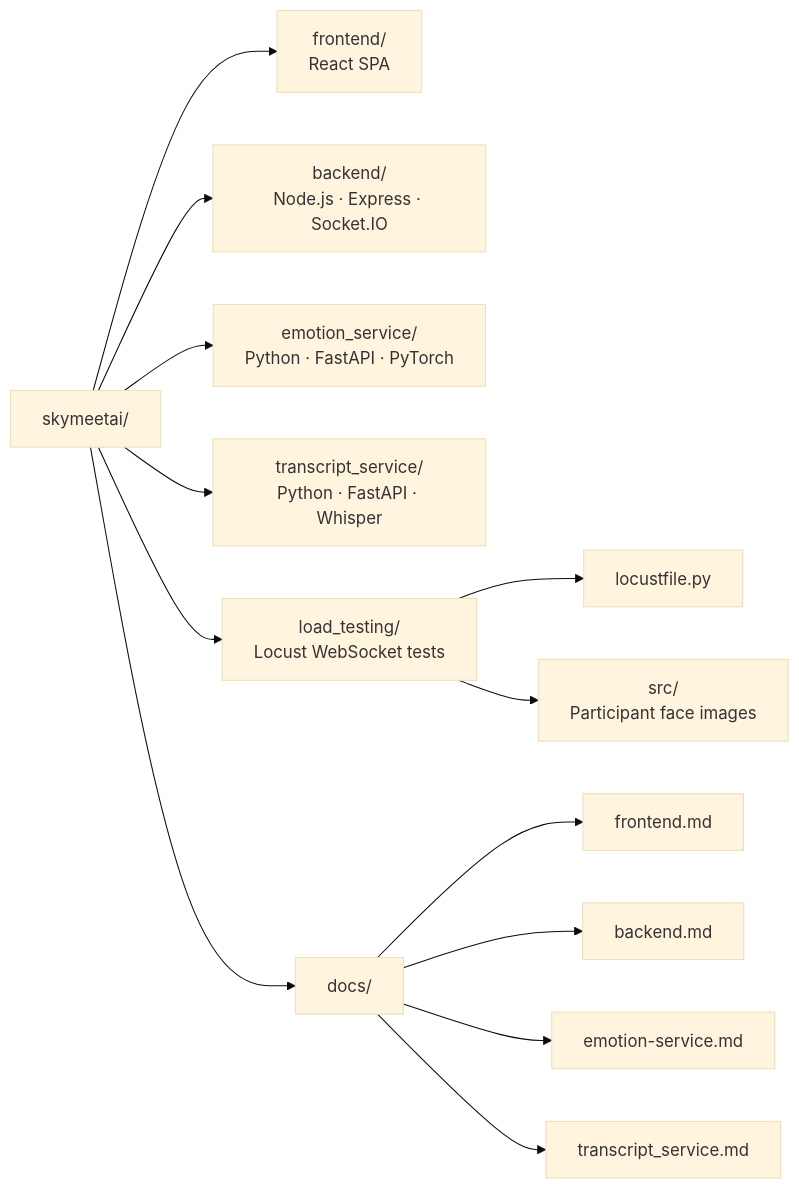
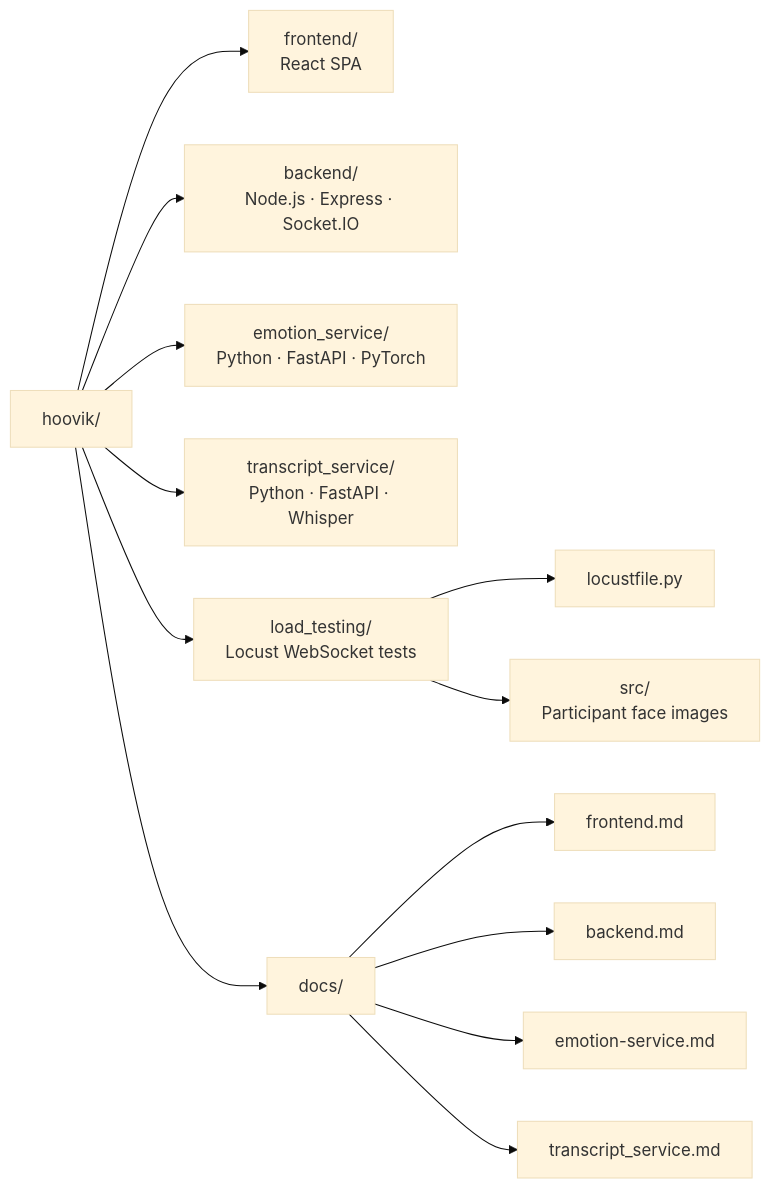
The first of 9 diagrams in README.md (AnupamKumar-1/Hoovik), drawn with Mermaid (base theme) before and after one commit. The commit also changed other lines of this file and 17 other files, not shown here.

````diff
--- a/README.md
+++ b/README.md
@@ -98,20 +98,20 @@
 ```mermaid
 graph LR
-    Root["skymeetai/"]
+    Root["hoovik/"]
     FE["frontend/\nReact SPA"]
     BE["backend/\nNode.js · Express · Socket.IO"]
     EM["emotion_service/\nPython · FastAPI · PyTorch"]
     TR["transcript_service/\nPython · FastAPI · Whisper"]
     LT["load_testing/\nLocust WebSocket tests"]
     LF["locustfile.py"]
     SR["src/\nParticipant face images"]
     DO["docs/"]
     FD["frontend.md"]
     BD["backend.md"]
     ED["emotion-service.md"]
     TD["transcript_service.md"]
 
     Root --> FE & BE & EM & TR & LT & DO
     LT --> LF & SR
     DO --> FD & BD & ED & TD
 ```
````
